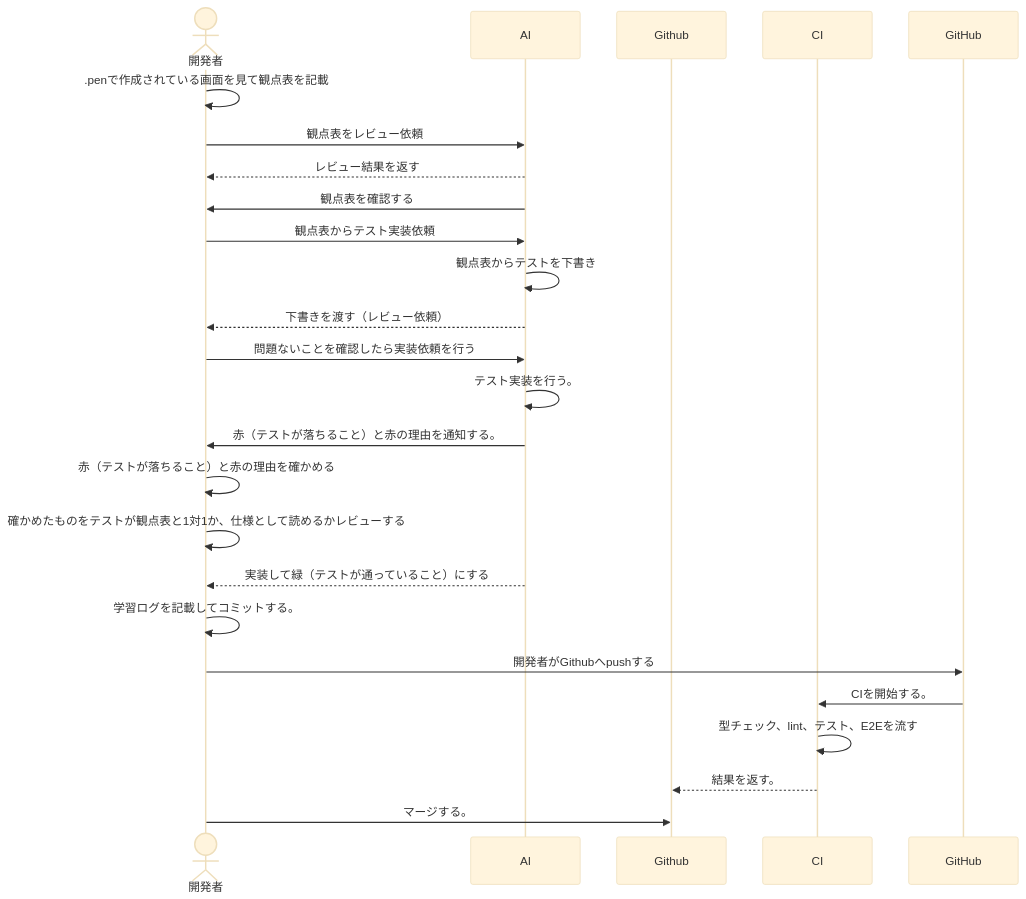
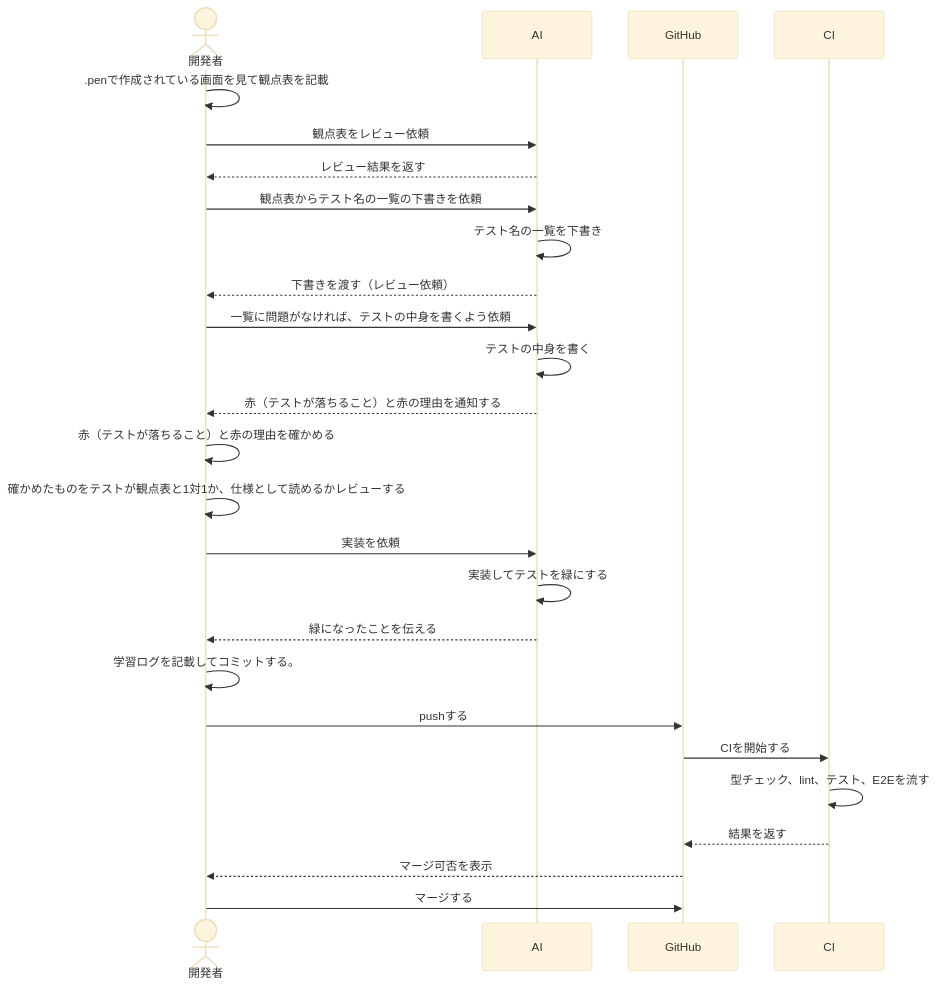
Before and after one commit to yuuya-1205/selfsketch-web: the diagram in docs/design/test/README.md, drawn with Mermaid (base theme).

Commit message:
docs: フロー図を修正

````diff
--- a/docs/design/test/README.md
+++ b/docs/design/test/README.md
@@ -47,26 +47,28 @@
 ```mermaid
 sequenceDiagram
    actor 開発者
    participant AI
-   participant Github
+   participant GitHub
    participant CI
   開発者->>開発者: .penで作成されている画面を見て観点表を記載
   開発者->>AI: 観点表をレビュー依頼
   AI-->>開発者: レビュー結果を返す
-  AI->>開発者: 観点表を確認する
-  開発者->>AI: 観点表からテスト実装依頼
-  AI->>AI: 観点表からテストを下書き
+  開発者->>AI: 観点表からテスト名の一覧の下書きを依頼
+  AI->>AI: テスト名の一覧を下書き
   AI-->>開発者: 下書きを渡す（レビュー依頼）
-  開発者->>AI: 問題ないことを確認したら実装依頼を行う
-  AI->>AI: テスト実装を行う。
-  AI->>開発者: 赤（テストが落ちること）と赤の理由を通知する。
-  開発者->>開発者:赤（テストが落ちること）と赤の理由を確かめる
+  開発者->>AI: 一覧に問題がなければ、テストの中身を書くよう依頼
+  AI->>AI: テストの中身を書く
+  AI-->>開発者: 赤（テストが落ちること）と赤の理由を通知する
+  開発者->>開発者: 赤（テストが落ちること）と赤の理由を確かめる
   開発者->>開発者: 確かめたものをテストが観点表と1対1か、仕様として読めるかレビューする
-  AI-->>開発者: 実装して緑（テストが通っていること）にする
+  開発者->>AI: 実装を依頼
+  AI->>AI: 実装してテストを緑にする
+  AI-->>開発者: 緑になったことを伝える
   開発者->>開発者: 学習ログを記載してコミットする。
-  開発者->>GitHub: 開発者がGithubへpushする
-  GitHub->>CI: CIを開始する。
+  開発者->>GitHub: pushする
+  GitHub->>CI: CIを開始する
   CI->>CI: 型チェック、lint、テスト、E2Eを流す
-  CI-->>Github: 結果を返す。
-  開発者->>Github: マージする。
+  CI-->>GitHub: 結果を返す
+  GitHub-->>開発者: マージ可否を表示
+  開発者->>GitHub: マージする
 ```
````
